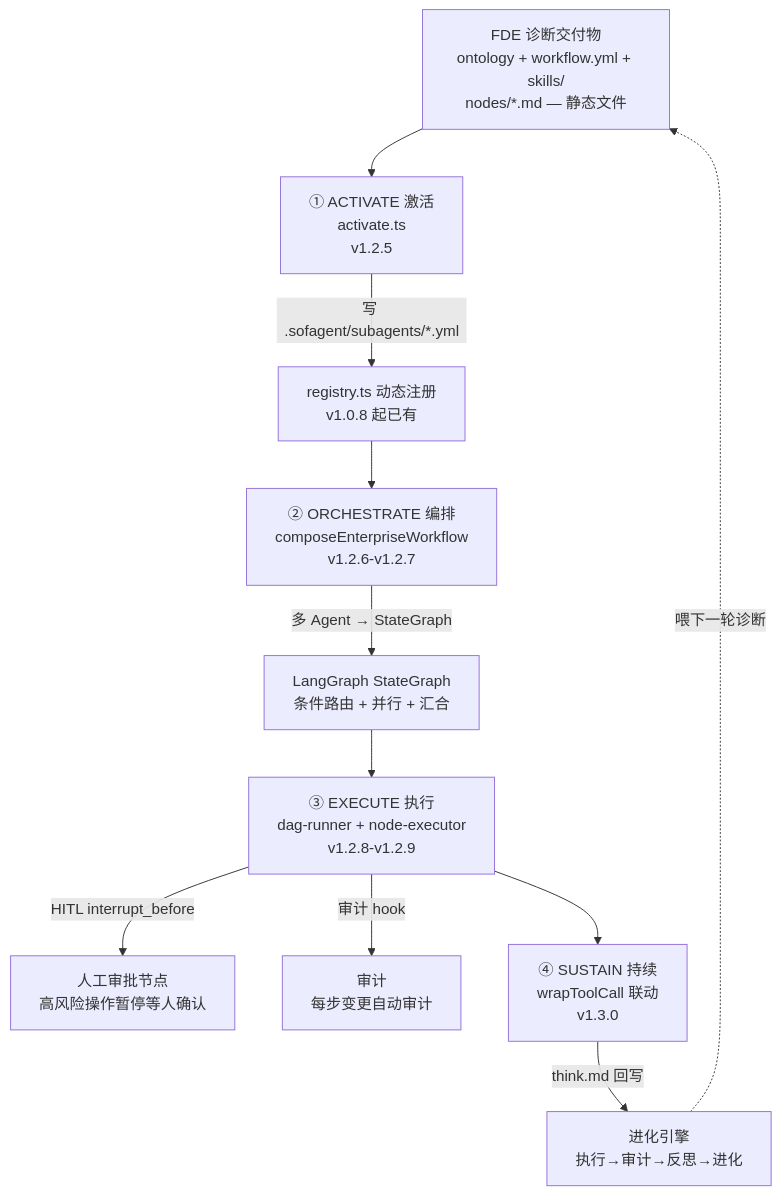
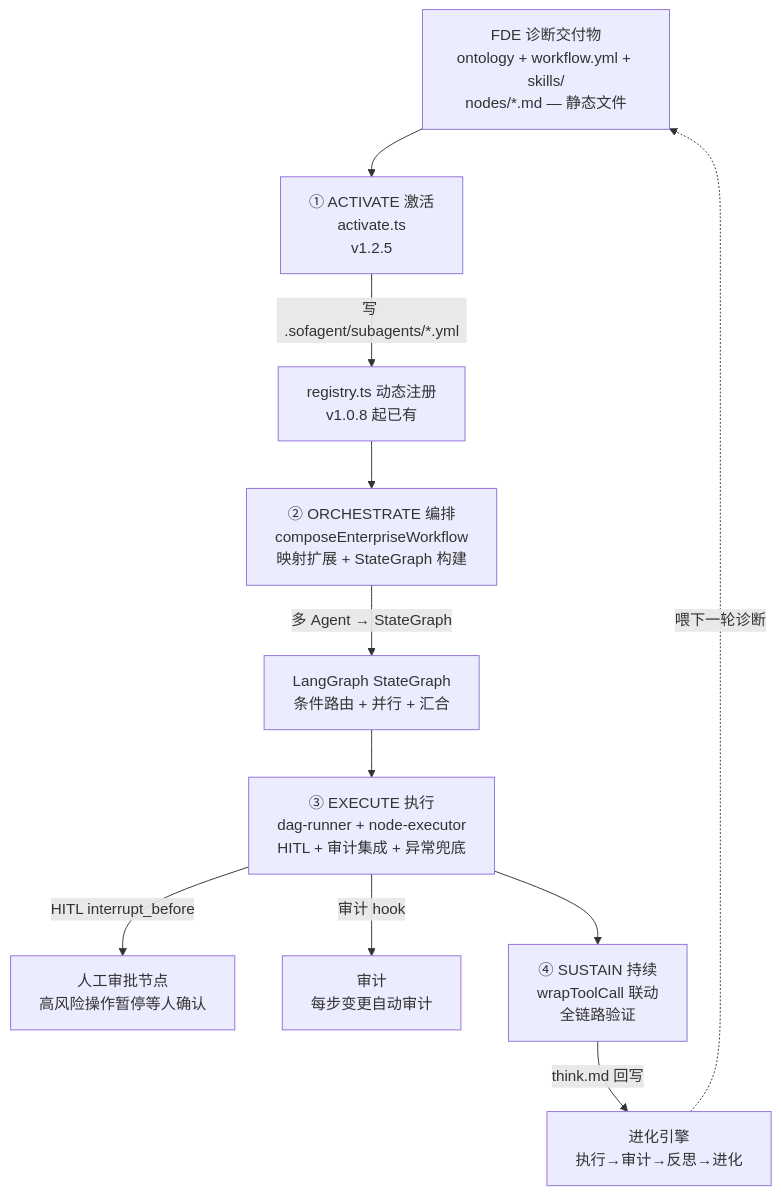
One commit to KongFangXun/sofagent changed the tenth of 10 diagrams in docs/ARCHITECTURE.md. Above: the diagram before and after it, drawn with Mermaid. The commit also changed other lines of this file and 7 other files, not shown here.

````diff
--- a/docs/ARCHITECTURE.md
+++ b/docs/ARCHITECTURE.md
@@ -1143,14 +1143,14 @@
 ```mermaid
 flowchart TD
     FDE[FDE 诊断交付物<br/>ontology + workflow.yml + skills/<br/>nodes/*.md — 静态文件]
     FDE --> A1[① ACTIVATE 激活<br/>activate.ts<br/>v1.2.5]
     A1 -->|写 .sofagent/subagents/*.yml| REG[registry.ts 动态注册<br/>v1.0.8 起已有]
-    REG --> A2[② ORCHESTRATE 编排<br/>composeEnterpriseWorkflow<br/>v1.2.6-v1.2.7]
+    REG --> A2[② ORCHESTRATE 编排<br/>composeEnterpriseWorkflow<br/>映射扩展 + StateGraph 构建]
     A2 -->|多 Agent → StateGraph| SG[LangGraph StateGraph<br/>条件路由 + 并行 + 汇合]
-    SG --> A3[③ EXECUTE 执行<br/>dag-runner + node-executor<br/>v1.2.8-v1.2.9]
+    SG --> A3[③ EXECUTE 执行<br/>dag-runner + node-executor<br/>HITL + 审计集成 + 异常兜底]
     A3 -->|HITL interrupt_before| HITL[人工审批节点<br/>高风险操作暂停等人确认]
     A3 -->|审计 hook| AUDIT[审计<br/>每步变更自动审计]
-    A3 --> A4[④ SUSTAIN 持续<br/>wrapToolCall 联动<br/>v1.3.0]
+    A3 --> A4[④ SUSTAIN 持续<br/>wrapToolCall 联动<br/>全链路验证]
     A4 -->|think.md 回写| EVOLVE[进化引擎<br/>执行→审计→反思→进化]
     EVOLVE -.->|喂下一轮诊断| FDE
 ```
````
